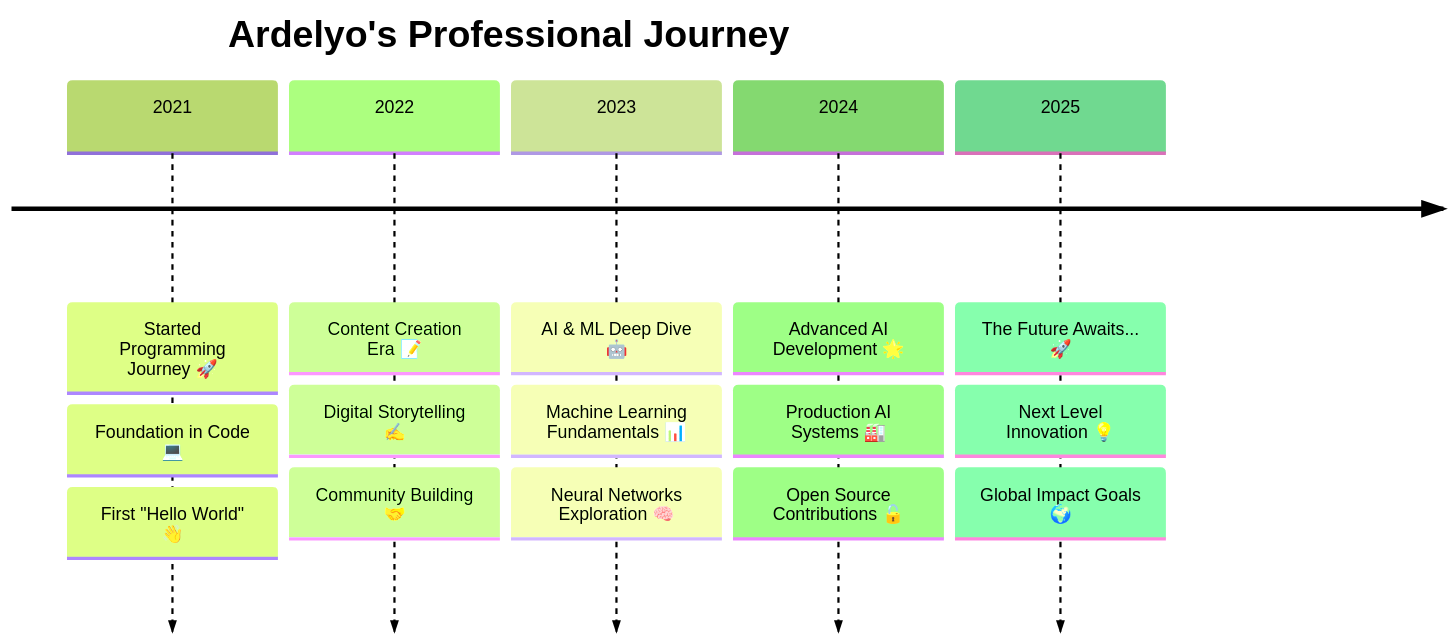
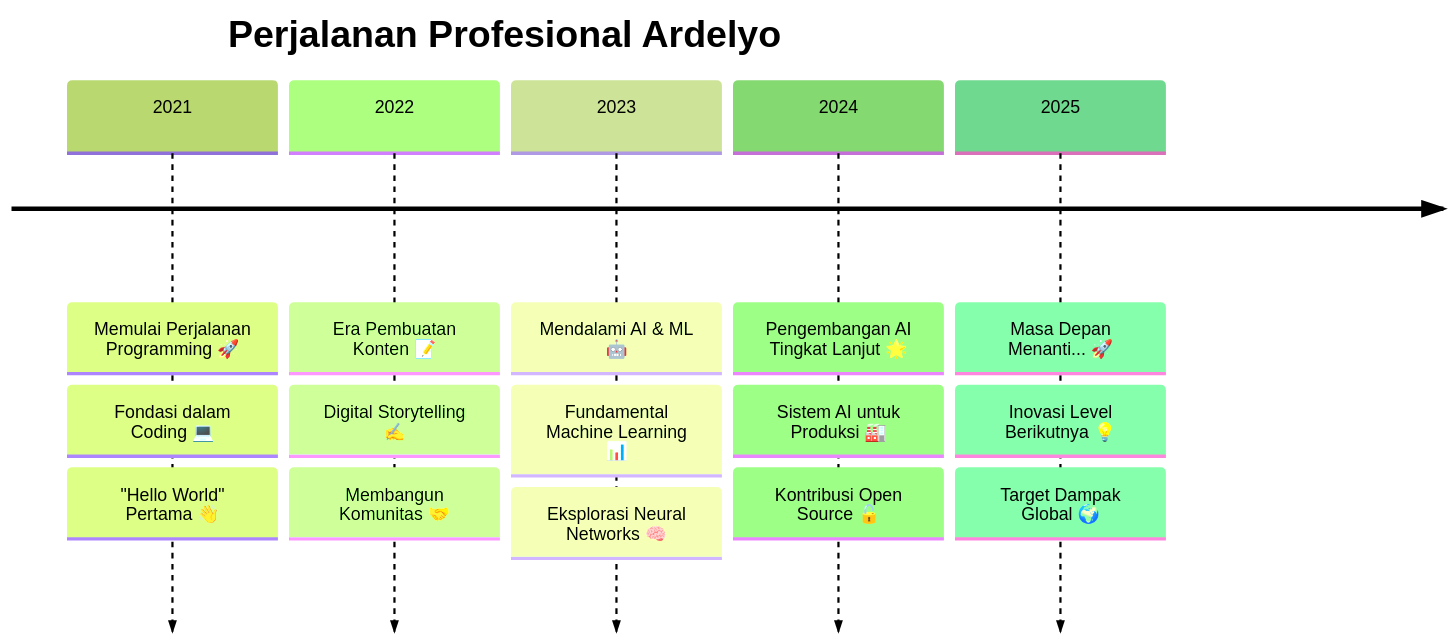
The diagram in README.md (Ardelyo/Ardelyo), drawn with Mermaid (forest theme) before and after one commit. The commit also changed other lines of this file, not shown here.

````diff
--- a/README.md
+++ b/README.md
@@ -78,19 +78,19 @@
 ```mermaid
 timeline
-    title Ardelyo's Professional Journey
-    2021 : Started Programming Journey 🚀
-         : Foundation in Code 💻
-         : First "Hello World" 👋
-    2022 : Content Creation Era 📝
+    title Perjalanan Profesional Ardelyo
+    2021 : Memulai Perjalanan Programming 🚀
+         : Fondasi dalam Coding 💻
+         : "Hello World" Pertama 👋
+    2022 : Era Pembuatan Konten 📝
          : Digital Storytelling ✍️
-         : Community Building 🤝
-    2023 : AI & ML Deep Dive 🤖
-         : Machine Learning Fundamentals 📊
-         : Neural Networks Exploration 🧠
-    2024 : Advanced AI Development 🌟
-         : Production AI Systems 🏭
-         : Open Source Contributions 🔓
-    2025 : The Future Awaits... 🚀
-         : Next Level Innovation 💡
-         : Global Impact Goals 🌍
+         : Membangun Komunitas 🤝
+    2023 : Mendalami AI & ML 🤖
+         : Fundamental Machine Learning 📊
+         : Eksplorasi Neural Networks 🧠
+    2024 : Pengembangan AI Tingkat Lanjut 🌟
+         : Sistem AI untuk Produksi 🏭
+         : Kontribusi Open Source 🔓
+    2025 : Masa Depan Menanti... 🚀
+         : Inovasi Level Berikutnya 💡
+         : Target Dampak Global 🌍
 ```
````
